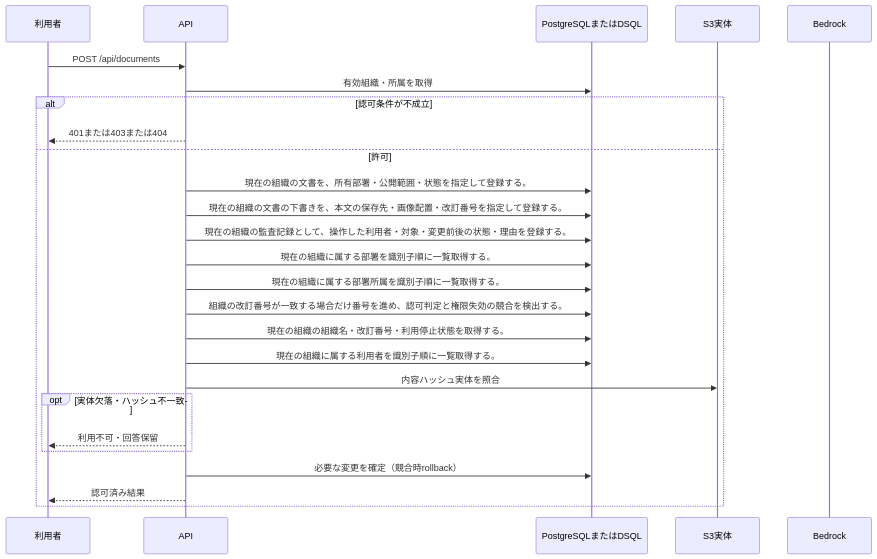
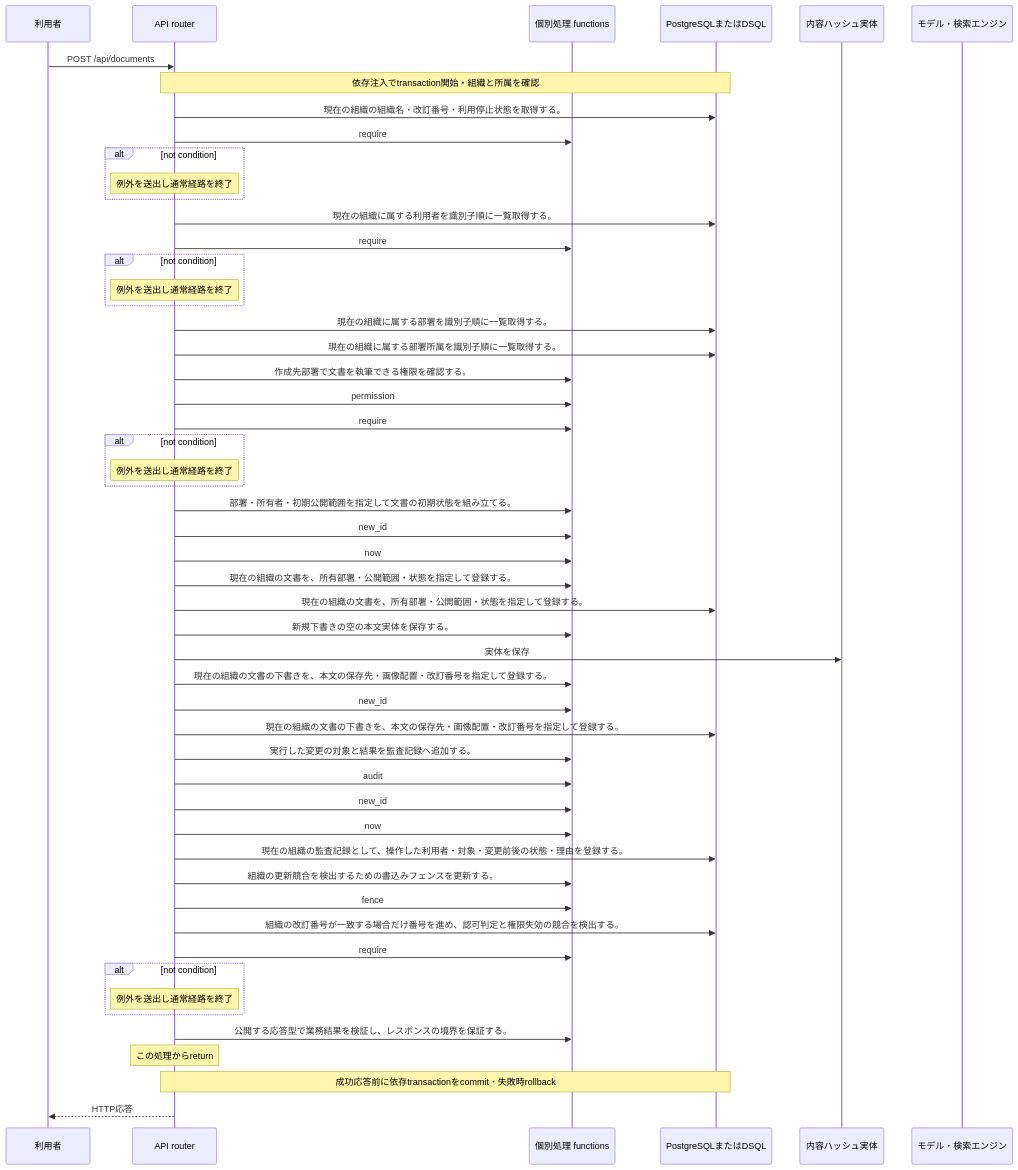
One commit to tsuji-tomonori/KotoRelay changed the diagram in docs/design/generated/api/documents/create_document/sequence.md. Above: the diagram before and after it, drawn with Mermaid. The commit also changed other lines of this file and 424 other files, not shown here.

````diff
--- a/docs/design/generated/api/documents/create_document/sequence.md
+++ b/docs/design/generated/api/documents/create_document/sequence.md
@@ -7,28 +7,55 @@
 ```mermaid
 sequenceDiagram
     participant U as 利用者
-    participant A as API
+    participant A as API router
+    participant F as 個別処理 functions
     participant D as PostgreSQLまたはDSQL
-    participant S as S3実体
-    participant M as Bedrock
+    participant S as 内容ハッシュ実体
+    participant M as モデル・検索エンジン
     U->>A: POST /api/documents
-    A->>D: 有効組織・所属を取得
-    alt 認可条件が不成立
-        A-->>U: 401または403または404
-    else 許可
-        A->>D: 現在の組織の文書を、所有部署・公開範囲・状態を指定して登録する。
-        A->>D: 現在の組織の文書の下書きを、本文の保存先・画像配置・改訂番号を指定して登録する。
-        A->>D: 現在の組織の監査記録として、操作した利用者・対象・変更前後の状態・理由を登録する。
-        A->>D: 現在の組織に属する部署を識別子順に一覧取得する。
-        A->>D: 現在の組織に属する部署所属を識別子順に一覧取得する。
-        A->>D: 組織の改訂番号が一致する場合だけ番号を進め、認可判定と権限失効の競合を検出する。
-        A->>D: 現在の組織の組織名・改訂番号・利用停止状態を取得する。
-        A->>D: 現在の組織に属する利用者を識別子順に一覧取得する。
-        A->>S: 内容ハッシュ実体を照合
-        opt 実体欠落・ハッシュ不一致
-            A-->>U: 利用不可・回答保留
-        end
-        A->>D: 必要な変更を確定（競合時rollback）
-        A-->>U: 認可済み結果
+    Note over A,D: 依存注入でtransaction開始・組織と所属を確認
+    A->>D: 現在の組織の組織名・改訂番号・利用停止状態を取得する。
+    A->>F: require
+    alt not condition
+    Note over A: 例外を送出し通常経路を終了
     end
+    A->>D: 現在の組織に属する利用者を識別子順に一覧取得する。
+    A->>F: require
+    alt not condition
+    Note over A: 例外を送出し通常経路を終了
+    end
+    A->>D: 現在の組織に属する部署を識別子順に一覧取得する。
+    A->>D: 現在の組織に属する部署所属を識別子順に一覧取得する。
+    A->>F: 作成先部署で文書を執筆できる権限を確認する。
+    A->>F: permission
+    A->>F: require
+    alt not condition
+    Note over A: 例外を送出し通常経路を終了
+    end
+    A->>F: 部署・所有者・初期公開範囲を指定して文書の初期状態を組み立てる。
+    A->>F: new_id
+    A->>F: now
+    A->>F: 現在の組織の文書を、所有部署・公開範囲・状態を指定して登録する。
+    A->>D: 現在の組織の文書を、所有部署・公開範囲・状態を指定して登録する。
+    A->>F: 新規下書きの空の本文実体を保存する。
+    A->>S: 実体を保存
+    A->>F: 現在の組織の文書の下書きを、本文の保存先・画像配置・改訂番号を指定して登録する。
+    A->>F: new_id
+    A->>D: 現在の組織の文書の下書きを、本文の保存先・画像配置・改訂番号を指定して登録する。
+    A->>F: 実行した変更の対象と結果を監査記録へ追加する。
+    A->>F: audit
+    A->>F: new_id
+    A->>F: now
+    A->>D: 現在の組織の監査記録として、操作した利用者・対象・変更前後の状態・理由を登録する。
+    A->>F: 組織の更新競合を検出するための書込みフェンスを更新する。
+    A->>F: fence
+    A->>D: 組織の改訂番号が一致する場合だけ番号を進め、認可判定と権限失効の競合を検出する。
+    A->>F: require
+    alt not condition
+    Note over A: 例外を送出し通常経路を終了
+    end
+    A->>F: 公開する応答型で業務結果を検証し、レスポンスの境界を保証する。
+    Note over A: この処理からreturn
+    Note over A,D: 成功応答前に依存transactionをcommit・失敗時rollback
+    A-->>U: HTTP応答
 ```
````
